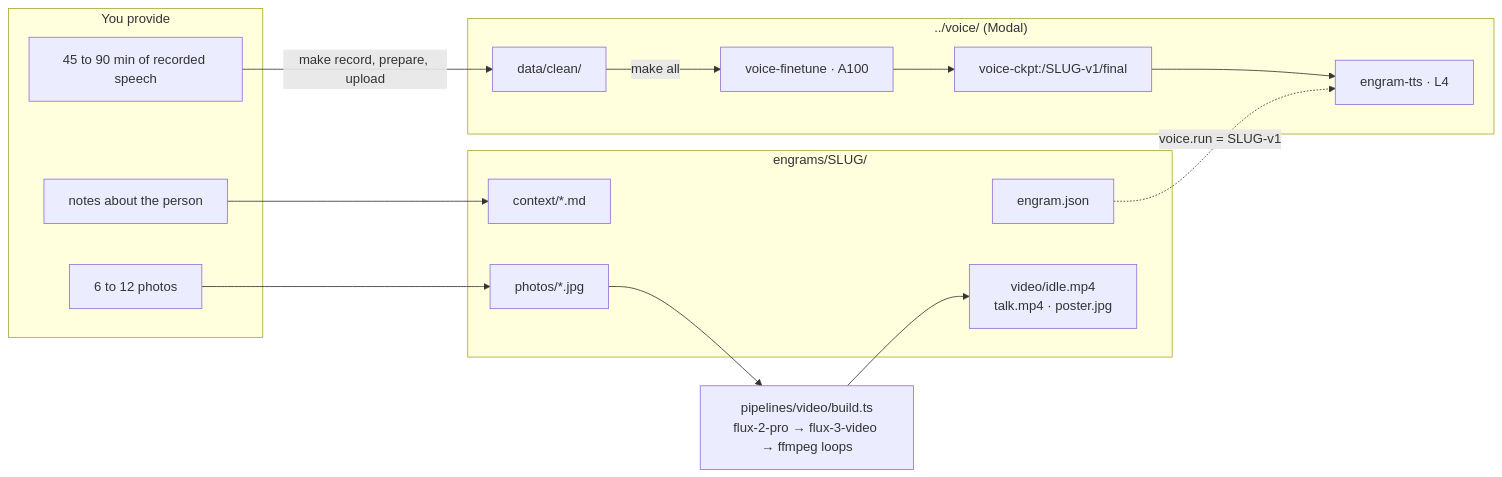
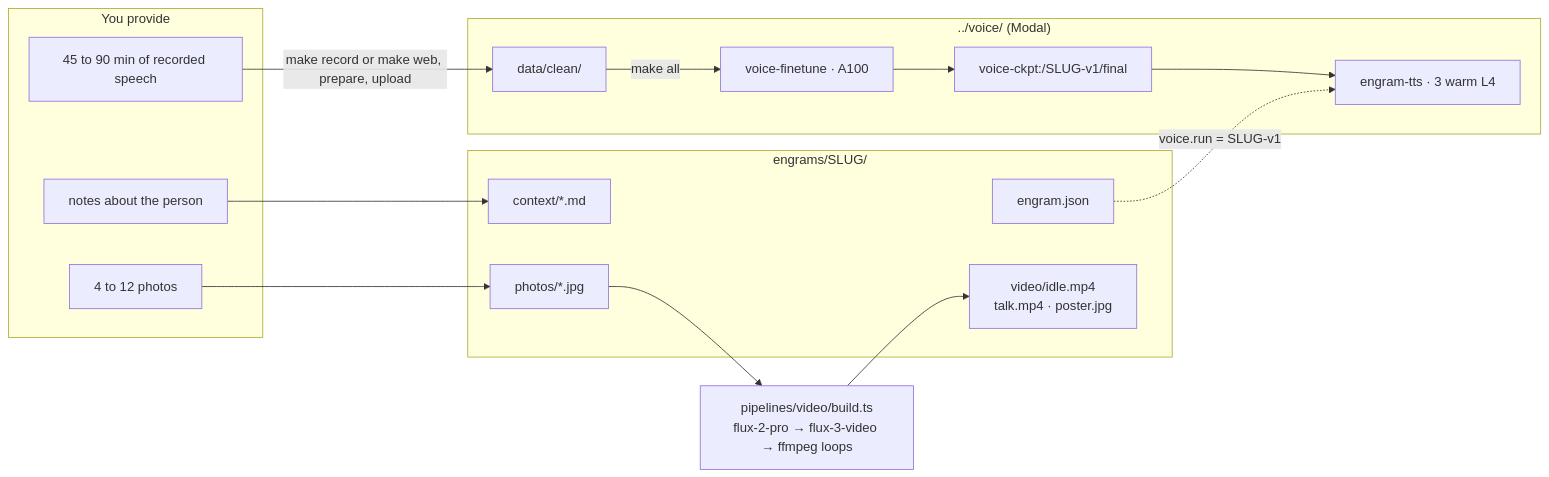
The diagram in engram/docs/adding-an-engram.md (Pran-Ker/engram), drawn with Mermaid before and after one commit. The commit also changed other lines of this file and 62 other files, not shown here.

First line of the commit message:
Engram demo: streaming TTS, fairer face from selfie, fixed brain answers, three verify/fix rounds, docs refresh

````diff
--- a/engram/docs/adding-an-engram.md
+++ b/engram/docs/adding-an-engram.md
@@ -7,29 +7,29 @@
 ```mermaid
 flowchart LR
   subgraph you["You provide"]
     notes["notes about the person"]
-    pics["6 to 12 photos"]
+    pics["4 to 12 photos"]
     mic["45 to 90 min of recorded speech"]
   end
 
   subgraph folder["engrams/SLUG/"]
     manifest["engram.json"]
     cards["context/*.md"]
     photos["photos/*.jpg"]
     video["video/idle.mp4<br/>talk.mp4 · poster.jpg"]
   end
 
   subgraph voice["../voice/ (Modal)"]
     data["data/clean/"]
     train["voice-finetune · A100"]
     ckpt["voice-ckpt:/SLUG-v1/final"]
-    tts["engram-tts · L4"]
+    tts["engram-tts · 3 warm L4"]
   end
 
   pipeline["pipelines/video/build.ts<br/>flux-2-pro → flux-3-video → ffmpeg loops"]
 
   notes --> cards
   pics --> photos --> pipeline --> video
-  mic -->|make record, prepare, upload| data -->|make all| train --> ckpt --> tts
+  mic -->|make record or make web, prepare, upload| data -->|make all| train --> ckpt --> tts
   manifest -.->|voice.run = SLUG-v1| tts
 ```
````
